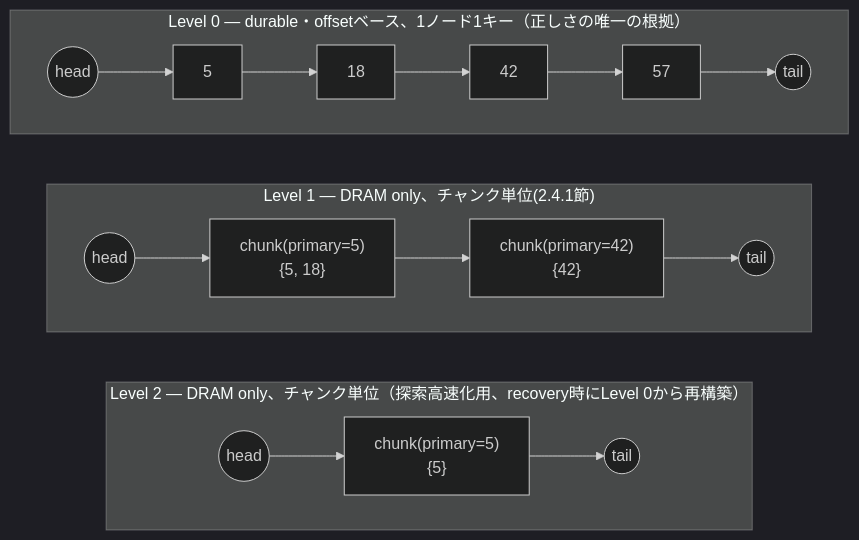
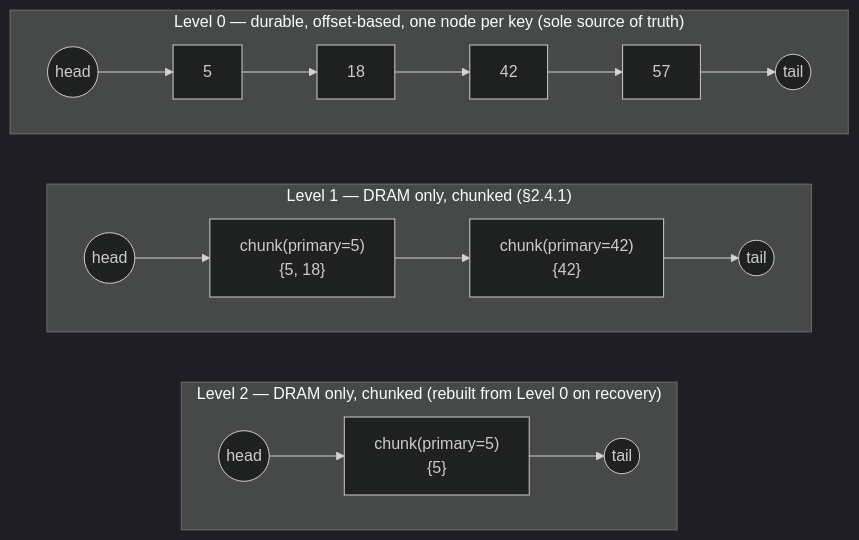
One commit to wasanemon/VMemKV changed the first of 3 diagrams in implementation/pskiplist/high_level_design.md. Above: the diagram before and after it, drawn with Mermaid (dark theme). The commit also changed other lines of this file and 6 other files, not shown here.

````diff
--- a/implementation/pskiplist/high_level_design.md
+++ b/implementation/pskiplist/high_level_design.md
@@ -13,15 +13,15 @@
 ```mermaid
 flowchart LR
-    subgraph L2["Level 2 — DRAM only、チャンク単位（探索高速化用、recovery時にLevel 0から再構築）"]
+    subgraph L2["Level 2 — DRAM only, chunked (rebuilt from Level 0 on recovery)"]
         direction LR
         h2((head)) --> a2["chunk(primary=5)<br/>{5}"] --> t2((tail))
     end
-    subgraph L1["Level 1 — DRAM only、チャンク単位(2.4.1節)"]
+    subgraph L1["Level 1 — DRAM only, chunked (§2.4.1)"]
         direction LR
         h1((head)) --> a1["chunk(primary=5)<br/>{5, 18}"] --> c1["chunk(primary=42)<br/>{42}"] --> t1((tail))
     end
-    subgraph L0["Level 0 — durable・offsetベース、1ノード1キー（正しさの唯一の根拠）"]
+    subgraph L0["Level 0 — durable, offset-based, one node per key (sole source of truth)"]
         direction LR
         h0((head)) --> a0[5] --> b0[18] --> c0[42] --> d0[57] --> t0((tail))
     end
 ```
````
